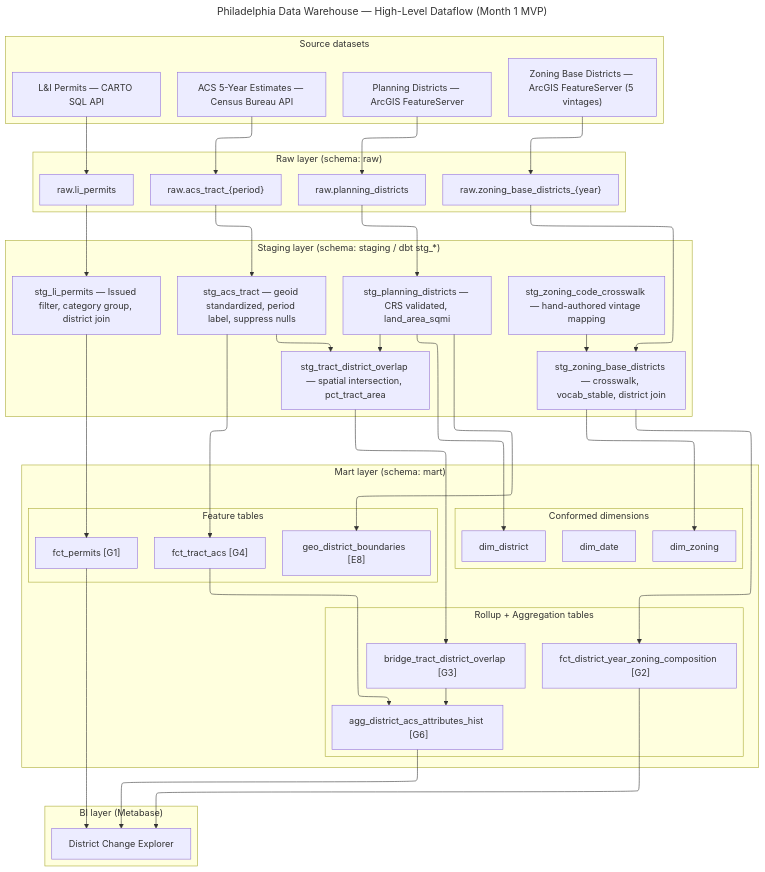
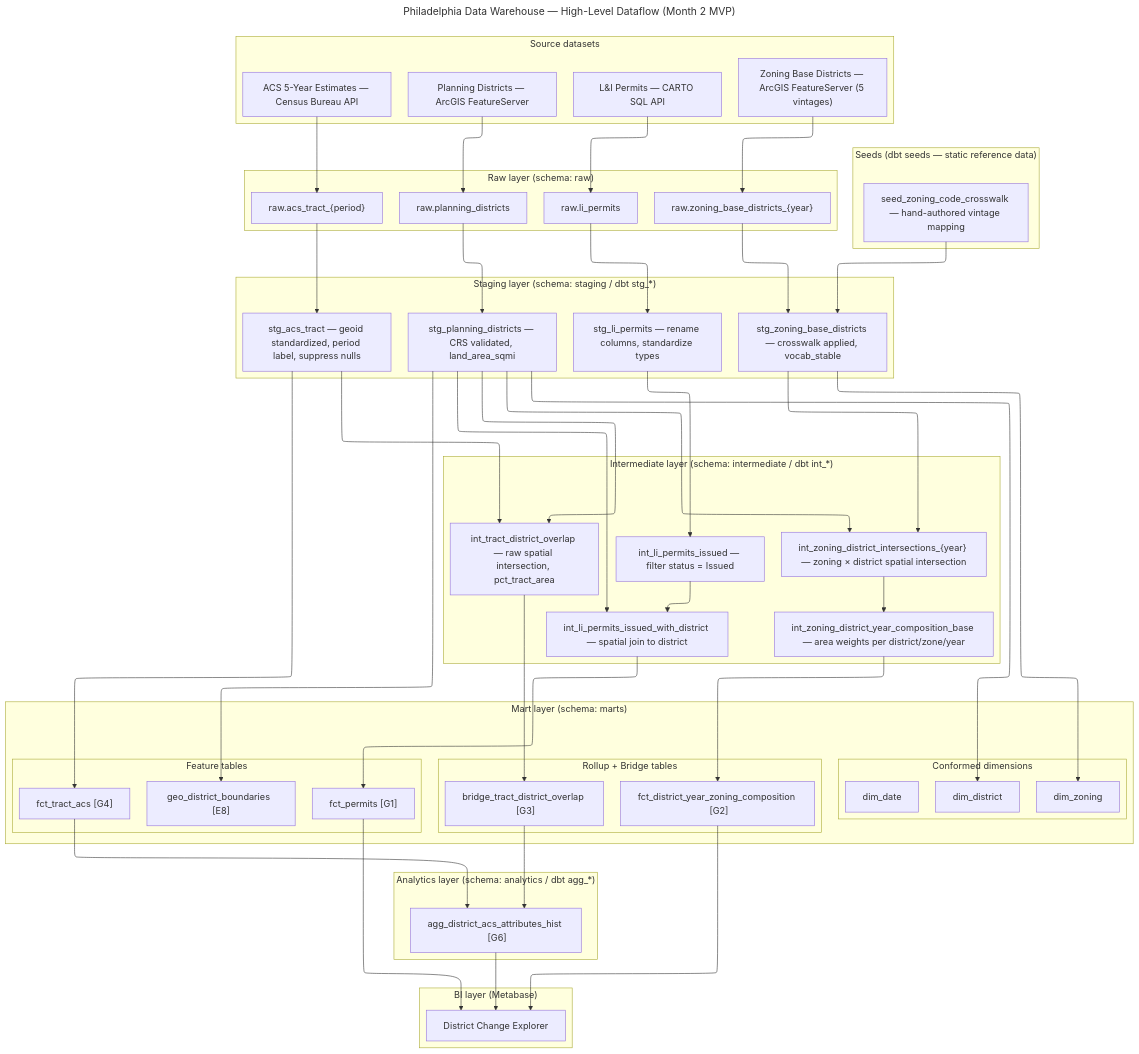
Before and after one commit to faridbalouch12-dotcom/Philadelphia-LandUse-Analytics: the diagram in docs/diagrams/dataflow.mmd, drawn with Mermaid. The commit also changed 36 other files, not shown here.

```diff
--- a/docs/diagrams/dataflow.mmd
+++ b/docs/diagrams/dataflow.mmd
@@ -1,96 +1,120 @@
 ---
 config:
   layout: elk
-title: Philadelphia Data Warehouse — High-Level Dataflow (Month 1 MVP)
+title: Philadelphia Data Warehouse — High-Level Dataflow (Month 2 MVP)
 ---
 flowchart TD
 
     %% ── Source datasets ──────────────────────────────────────────────
     subgraph SOURCES["Source datasets"]
         SRC1["Planning Districts — ArcGIS FeatureServer"]
         SRC2["L&I Permits — CARTO SQL API"]
         SRC3["Zoning Base Districts — ArcGIS FeatureServer (5 vintages)"]
         SRC4["ACS 5-Year Estimates — Census Bureau API"]
+    end
+
+    %% ── Seeds ────────────────────────────────────────────────────────
+    subgraph SEEDS["Seeds  (dbt seeds — static reference data)"]
+        SEED_XWALK["seed_zoning_code_crosswalk — hand-authored vintage mapping"]
     end
 
     %% ── Raw layer ────────────────────────────────────────────────────
     subgraph RAW["Raw layer  (schema: raw)"]
         RAW_DISTRICTS["raw.planning_districts"]
         RAW_PERMITS["raw.li_permits"]
         RAW_ZONING["raw.zoning_base_districts_{year}"]
         RAW_ACS["raw.acs_tract_{period}"]
     end
 
     %% ── Staging layer ────────────────────────────────────────────────
     subgraph STAGING["Staging layer  (schema: staging / dbt stg_*)"]
         STG_DISTRICTS["stg_planning_districts — CRS validated, land_area_sqmi"]
-        STG_PERMITS["stg_li_permits — Issued filter, category group, district join"]
-        STG_ZONING["stg_zoning_base_districts — crosswalk, vocab_stable, district join"]
+        STG_PERMITS["stg_li_permits — rename columns, standardize types"]
+        STG_ZONING["stg_zoning_base_districts — crosswalk applied, vocab_stable"]
         STG_ACS["stg_acs_tract — geoid standardized, period label, suppress nulls"]
-        STG_XWALK["stg_zoning_code_crosswalk — hand-authored vintage mapping"]
-        STG_BRIDGE["stg_tract_district_overlap — spatial intersection, pct_tract_area"]
+    end
+
+    %% ── Intermediate layer ───────────────────────────────────────────
+    subgraph INTERMEDIATE["Intermediate layer  (schema: intermediate / dbt int_*)"]
+        INT_PERMITS_ISSUED["int_li_permits_issued — filter status = Issued"]
+        INT_PERMITS_DISTRICT["int_li_permits_issued_with_district — spatial join to district"]
+        INT_TRACT_OVERLAP["int_tract_district_overlap — raw spatial intersection, pct_tract_area"]
+        INT_ZONING_INTERSECT["int_zoning_district_intersections_{year} — zoning × district spatial intersection"]
+        INT_ZONING_COMP["int_zoning_district_year_composition_base — area weights per district/zone/year"]
     end
 
     %% ── Mart layer ───────────────────────────────────────────────────
-    subgraph MART["Mart layer  (schema: mart)"]
+    subgraph MART["Mart layer  (schema: marts)"]
 
         subgraph MART_DIMS["Conformed dimensions"]
             DIM_DISTRICT["dim_district"]
             DIM_DATE["dim_date"]
             DIM_ZONING["dim_zoning"]
         end
 
         subgraph MART_FEATURE["Feature tables"]
             FCT_PERMITS["fct_permits  [G1]"]
             FCT_ACS["fct_tract_acs  [G4]"]
             GEO_BOUNDS["geo_district_boundaries  [E8]"]
         end
 
-        subgraph MART_ROLLUP["Rollup + Aggregation tables"]
+        subgraph MART_ROLLUP["Rollup + Bridge tables"]
             FCT_ZONING["fct_district_year_zoning_composition  [G2]"]
             MART_BRIDGE["bridge_tract_district_overlap  [G3]"]
-            AGG_ACS["agg_district_acs_attributes_hist  [G6]"]
         end
+    end
+
+    %% ── Analytics layer ──────────────────────────────────────────────
+    subgraph ANALYTICS["Analytics layer  (schema: analytics / dbt agg_*)"]
+        AGG_ACS["agg_district_acs_attributes_hist  [G6]"]
     end
 
     %% ── BI layer ─────────────────────────────────────────────────────
     subgraph BI["BI layer  (Metabase)"]
         DB1["District Change Explorer"]
     end
 
     %% ── Data flows ───────────────────────────────────────────────────
 
     SRC1 --> RAW_DISTRICTS
     SRC2 --> RAW_PERMITS
     SRC3 --> RAW_ZONING
     SRC4 --> RAW_ACS
 
     RAW_DISTRICTS --> STG_DISTRICTS
     RAW_PERMITS   --> STG_PERMITS
     RAW_ZONING    --> STG_ZONING
     RAW_ACS       --> STG_ACS
-    STG_XWALK     --> STG_ZONING
-    STG_DISTRICTS --> STG_BRIDGE
-    STG_ACS       --> STG_BRIDGE
+    SEED_XWALK    --> STG_ZONING
 
-    STG_DISTRICTS --> DIM_DISTRICT
-    STG_ZONING    --> DIM_ZONING
+    STG_PERMITS          --> INT_PERMITS_ISSUED
+    INT_PERMITS_ISSUED   --> INT_PERMITS_DISTRICT
+    STG_DISTRICTS        --> INT_PERMITS_DISTRICT
+    STG_DISTRICTS        --> INT_TRACT_OVERLAP
+    STG_ACS              --> INT_TRACT_OVERLAP
+    STG_ZONING           --> INT_ZONING_INTERSECT
+    STG_DISTRICTS        --> INT_ZONING_INTERSECT
+    INT_ZONING_INTERSECT --> INT_ZONING_COMP
 
-    STG_DISTRICTS --> GEO_BOUNDS
-    STG_PERMITS   --> FCT_PERMITS
-    STG_ACS       --> FCT_ACS
+    STG_DISTRICTS        --> DIM_DISTRICT
+    STG_ZONING           --> DIM_ZONING
 
-    STG_ZONING  --> FCT_ZONING
-    STG_BRIDGE  --> MART_BRIDGE
+    STG_DISTRICTS        --> GEO_BOUNDS
+    INT_PERMITS_DISTRICT --> FCT_PERMITS
+    STG_ACS              --> FCT_ACS
+
+    INT_ZONING_COMP   --> FCT_ZONING
+    INT_TRACT_OVERLAP --> MART_BRIDGE
 
     FCT_ACS     --> AGG_ACS
     MART_BRIDGE --> AGG_ACS
 
     FCT_PERMITS --> DB1
     FCT_ZONING  --> DB1
     AGG_ACS     --> DB1
 
     %% ── Notes ─────────────────────────────────────────────────────────
     %% Join relationships (FK/PK) are in erd.mmd — not shown here.
     %% Grain labels: G1–G6 reference grain_spec.md
     %% Feature vs rollup separation: see feature_vs_rollup_policy.md
+    %% Schema layer redesign rationale: see notes/claude_sessions/session_2026-03-10_task-5-2_schema-redesign.md
```
